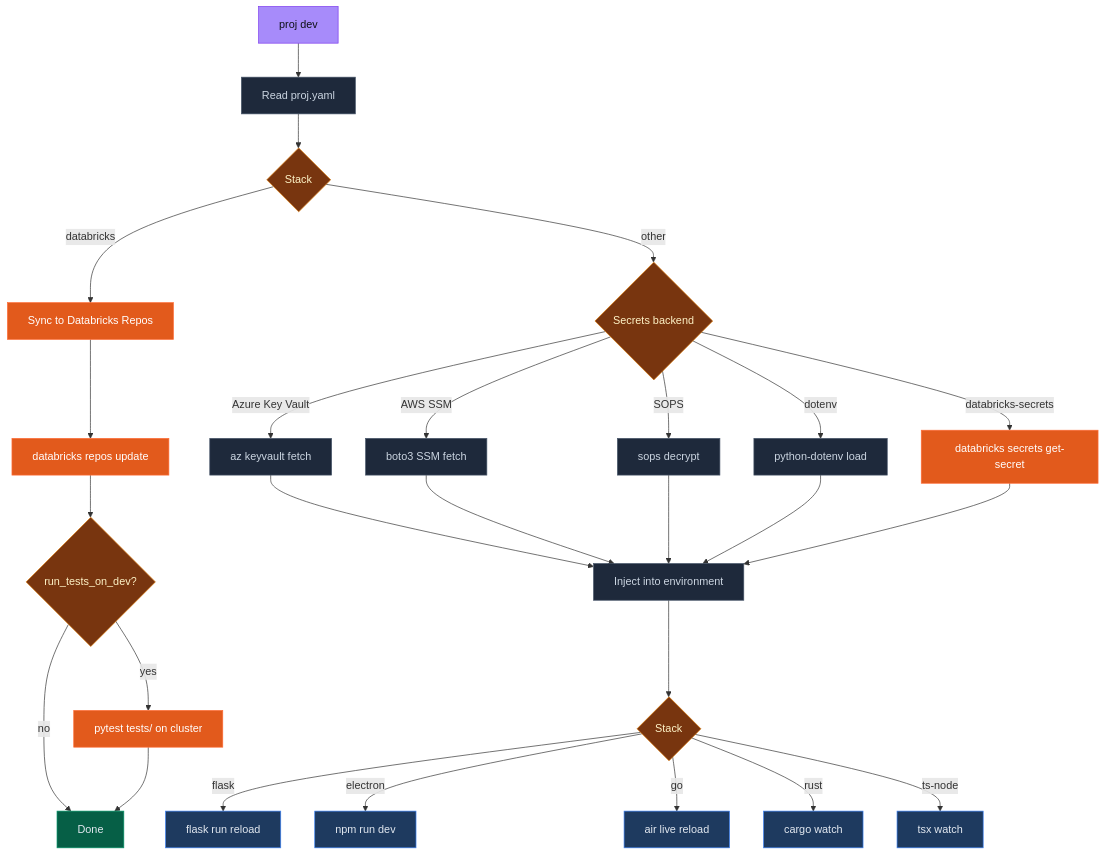
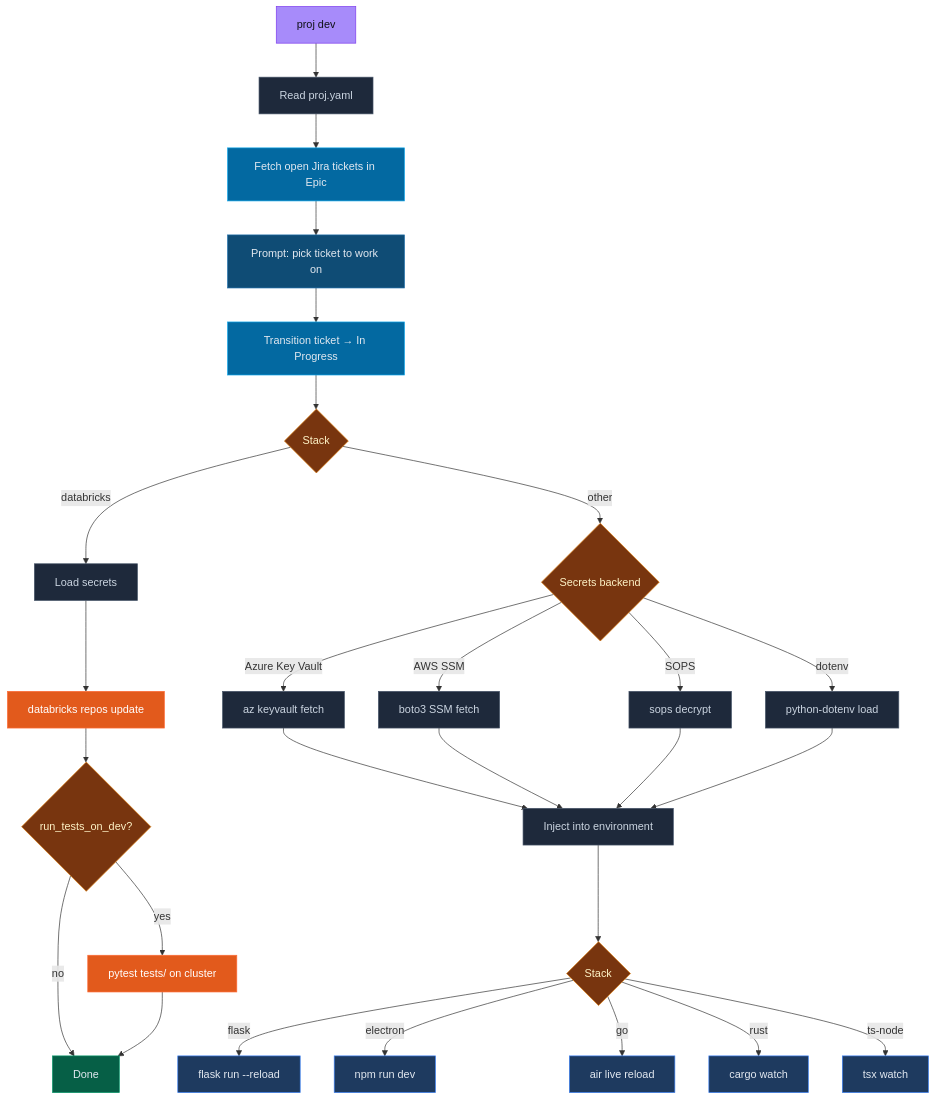
Before and after one commit to erosrage/Athena: the third of 6 diagrams in README.md, drawn with Mermaid. The commit also changed other lines of this file and 5 other files, not shown here.

First line of the commit message:
feat: add Jira lifecycle to dev/build + update all diagrams

````diff
--- a/README.md
+++ b/README.md
@@ -67,31 +72,35 @@
 ```mermaid
 flowchart TD
     A["proj dev"]:::entry
     A --> B["Read proj.yaml"]:::action
-    B --> ST{"Stack"}:::decision
-    ST -->|"databricks"| DB["Sync to Databricks Repos"]:::dbx
-    DB --> DBS["databricks repos update"]:::dbx
-    DBS --> DBT{"run_tests_on_dev?"}:::decision
+    B --> JT["Fetch open Jira tickets in Epic"]:::jira
+    JT --> JP["Prompt: pick ticket to work on"]:::prompt
+    JP --> JI["Transition ticket → In Progress"]:::jira
+    JI --> ST{"Stack"}:::decision
+    ST -->|"databricks"| SEC2["Load secrets"]:::action
+    SEC2 --> DB["databricks repos update"]:::dbx
+    DB --> DBT{"run_tests_on_dev?"}:::decision
     DBT -->|"yes"| DBR["pytest tests/ on cluster"]:::dbx
     DBT -->|"no"| DBD["Done"]:::done
     DBR --> DBD
     ST -->|"other"| C{"Secrets backend"}:::decision
     C -->|"Azure Key Vault"| D1["az keyvault fetch"]:::action
     C -->|"AWS SSM"| D2["boto3 SSM fetch"]:::action
     C -->|"SOPS"| D3["sops decrypt"]:::action
     C -->|"dotenv"| D4["python-dotenv load"]:::action
-    C -->|"databricks-secrets"| D5["databricks secrets get-secret"]:::dbx
-    D1 & D2 & D3 & D4 & D5 --> E["Inject into environment"]:::action
+    D1 & D2 & D3 & D4 --> E["Inject into environment"]:::action
     E --> F{"Stack"}:::decision
-    F -->|"flask"| G1["flask run reload"]:::run
+    F -->|"flask"| G1["flask run --reload"]:::run
     F -->|"electron"| G2["npm run dev"]:::run
     F -->|"go"| G3["air live reload"]:::run
     F -->|"rust"| G4["cargo watch"]:::run
     F -->|"ts-node"| G5["tsx watch"]:::run
     classDef entry fill:#a78bfa,stroke:#7c3aed,color:#0f1117
+    classDef prompt fill:#0f4c75,stroke:#1b6ca8,color:#e2e8f0
     classDef action fill:#1e293b,stroke:#475569,color:#cbd5e1
     classDef decision fill:#78350f,stroke:#d97706,color:#fef3c7
     classDef run fill:#1e3a5f,stroke:#3b82f6,color:#e2e8f0
     classDef dbx fill:#e25a1c,stroke:#ff6b35,color:#fff
     classDef done fill:#065f46,stroke:#059669,color:#e2e8f0
+    classDef jira fill:#0369a1,stroke:#0ea5e9,color:#e2e8f0
 ```
````
